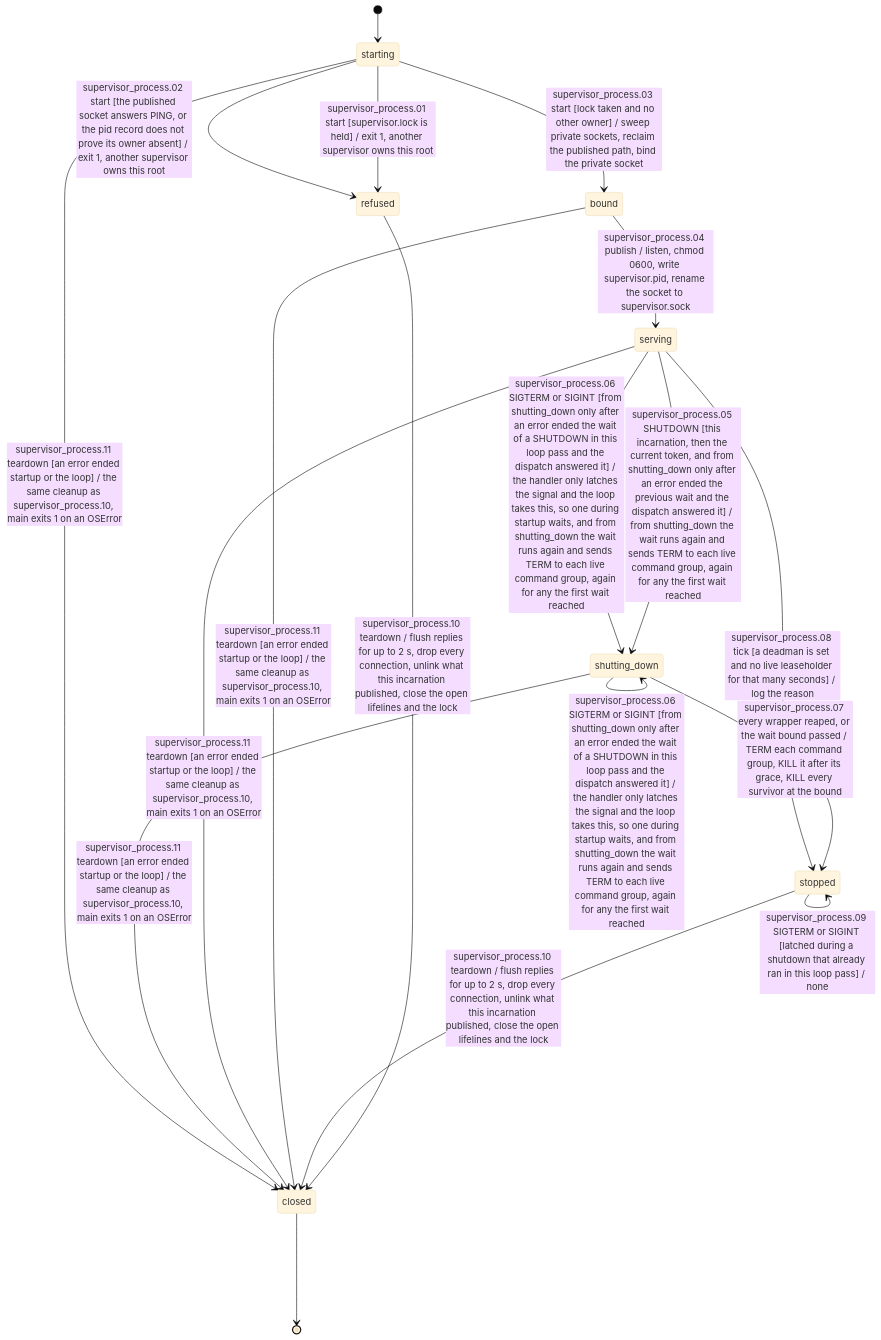
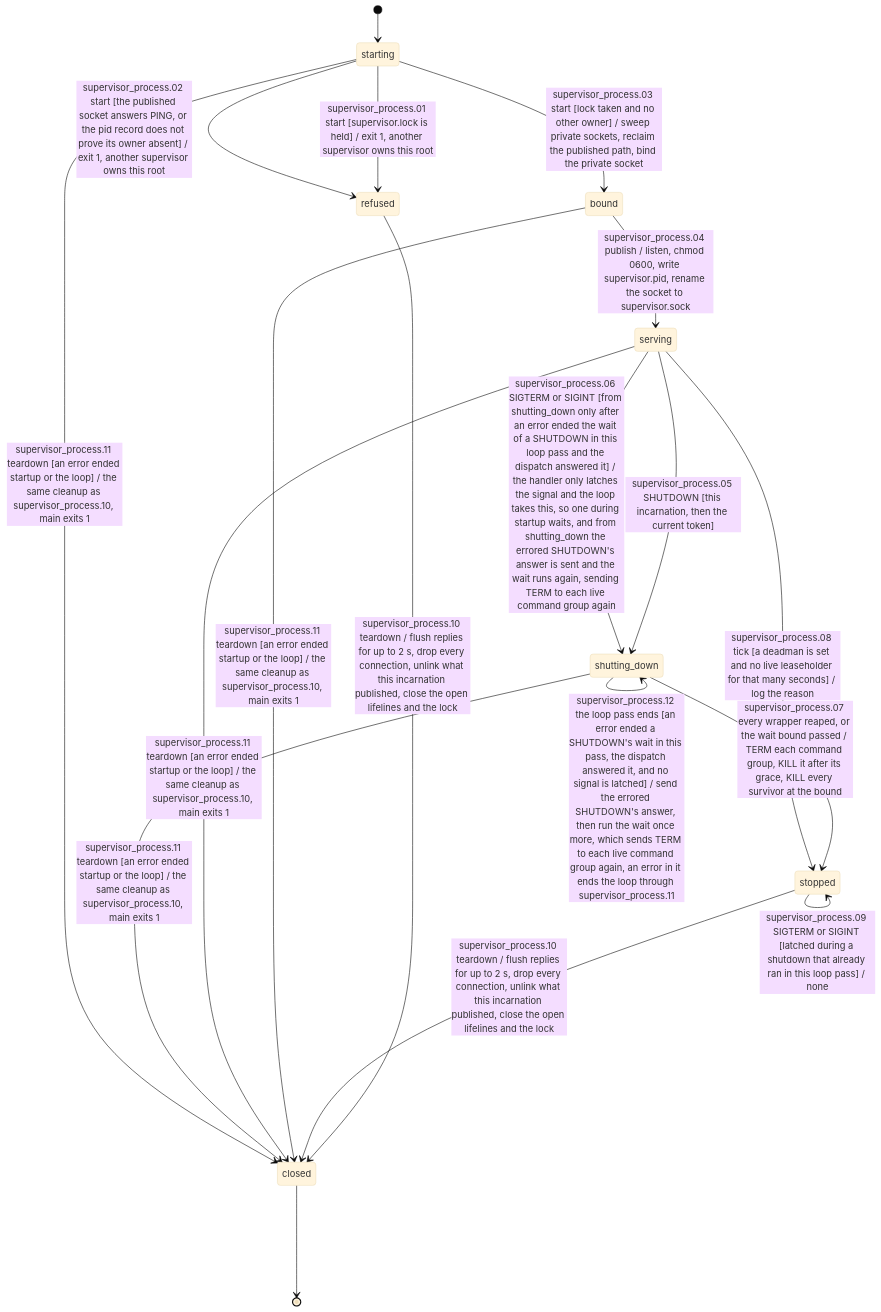
One commit to mrbald/dsl41 changed the seventh of 14 diagrams in docs/state-machines.md. Above: the diagram before and after it, drawn with Mermaid (base theme). The commit also changed other lines of this file and 12 other files, not shown here.

Commit message:
DL-300: four supervisor and wrapper fixes (stopped command, unrepresentable lease expiry, no dispatch while shutting down, one retry of a failed shutdown wait)

````diff
--- a/docs/state-machines.md
+++ b/docs/state-machines.md
@@ -402,29 +402,29 @@
 ```mermaid
 stateDiagram-v2
     state "bound" as s0
     state "closed" as s1
     state "refused" as s2
     state "serving" as s3
     state "shutting_down" as s4
     state "starting" as s5
     state "stopped" as s6
     [*] --> s5
     s5 --> s2 : supervisor_process.01 start [supervisor.lock is held] / exit 1, another supervisor owns this root
     s5 --> s2 : supervisor_process.02 start [the published socket answers PING, or the pid record does not prove its owner absent] / exit 1, another supervisor owns this root
     s5 --> s0 : supervisor_process.03 start [lock taken and no other owner] / sweep private sockets, reclaim the published path, bind the private socket
     s0 --> s3 : supervisor_process.04 publish / listen, chmod 0600, write supervisor.pid, rename the socket to supervisor.sock
-    s3 --> s4 : supervisor_process.05 SHUTDOWN [this incarnation, then the current token, and from shutting_down only after an error ended the previous wait and the dispatch answered it] / from shutting_down the wait runs again and sends TERM to each live command group, again for any the first wait reached
-    s4 --> s4 : supervisor_process.05 SHUTDOWN [this incarnation, then the current token, and from shutting_down only after an error ended the previous wait and the dispatch answered it] / from shutting_down the wait runs again and sends TERM to each live command group, again for any the first wait reached
-    s3 --> s4 : supervisor_process.06 SIGTERM or SIGINT [from shutting_down only after an error ended the wait of a SHUTDOWN in this loop pass and the dispatch answered it] / the handler only latches the signal and the loop takes this, so one during startup waits, and from shutting_down the wait runs again and sends TERM to each live command group, again for any the first wait reached
-    s4 --> s4 : supervisor_process.06 SIGTERM or SIGINT [from shutting_down only after an error ended the wait of a SHUTDOWN in this loop pass and the dispatch answered it] / the handler only latches the signal and the loop takes this, so one during startup waits, and from shutting_down the wait runs again and sends TERM to each live command group, again for any the first wait reached
+    s3 --> s4 : supervisor_process.05 SHUTDOWN [this incarnation, then the current token]
+    s3 --> s4 : supervisor_process.06 SIGTERM or SIGINT [from shutting_down only after an error ended the wait of a SHUTDOWN in this loop pass and the dispatch answered it] / the handler only latches the signal and the loop takes this, so one during startup waits, and from shutting_down the errored SHUTDOWN's answer is sent and the wait runs again, sending TERM to each live command group again
+    s4 --> s4 : supervisor_process.06 SIGTERM or SIGINT [from shutting_down only after an error ended the wait of a SHUTDOWN in this loop pass and the dispatch answered it] / the handler only latches the signal and the loop takes this, so one during startup waits, and from shutting_down the errored SHUTDOWN's answer is sent and the wait runs again, sending TERM to each live command group again
     s4 --> s6 : supervisor_process.07 every wrapper reaped, or the wait bound passed / TERM each command group, KILL it after its grace, KILL every survivor at the bound
     s3 --> s6 : supervisor_process.08 tick [a deadman is set and no live leaseholder for that many seconds] / log the reason
     s6 --> s6 : supervisor_process.09 SIGTERM or SIGINT [latched during a shutdown that already ran in this loop pass] / none
     s2 --> s1 : supervisor_process.10 teardown / flush replies for up to 2 s, drop every connection, unlink what this incarnation published, close the open lifelines and the lock
     s6 --> s1 : supervisor_process.10 teardown / flush replies for up to 2 s, drop every connection, unlink what this incarnation published, close the open lifelines and the lock
-    s0 --> s1 : supervisor_process.11 teardown [an error ended startup or the loop] / the same cleanup as supervisor_process.10, main exits 1 on an OSError
-    s3 --> s1 : supervisor_process.11 teardown [an error ended startup or the loop] / the same cleanup as supervisor_process.10, main exits 1 on an OSError
-    s4 --> s1 : supervisor_process.11 teardown [an error ended startup or the loop] / the same cleanup as supervisor_process.10, main exits 1 on an OSError
-    s5 --> s1 : supervisor_process.11 teardown [an error ended startup or the loop] / the same cleanup as supervisor_process.10, main exits 1 on an OSError
+    s0 --> s1 : supervisor_process.11 teardown [an error ended startup or the loop] / the same cleanup as supervisor_process.10, main exits 1
+    s3 --> s1 : supervisor_process.11 teardown [an error ended startup or the loop] / the same cleanup as supervisor_process.10, main exits 1
+    s4 --> s1 : supervisor_process.11 teardown [an error ended startup or the loop] / the same cleanup as supervisor_process.10, main exits 1
+    s5 --> s1 : supervisor_process.11 teardown [an error ended startup or the loop] / the same cleanup as supervisor_process.10, main exits 1
+    s4 --> s4 : supervisor_process.12 the loop pass ends [an error ended a SHUTDOWN's wait in this pass, the dispatch answered it, and no signal is latched] / send the errored SHUTDOWN's answer, then run the wait once more, which sends TERM to each live command group again, an error in it ends the loop through supervisor_process.11
     s1 --> [*]
 ```
````
